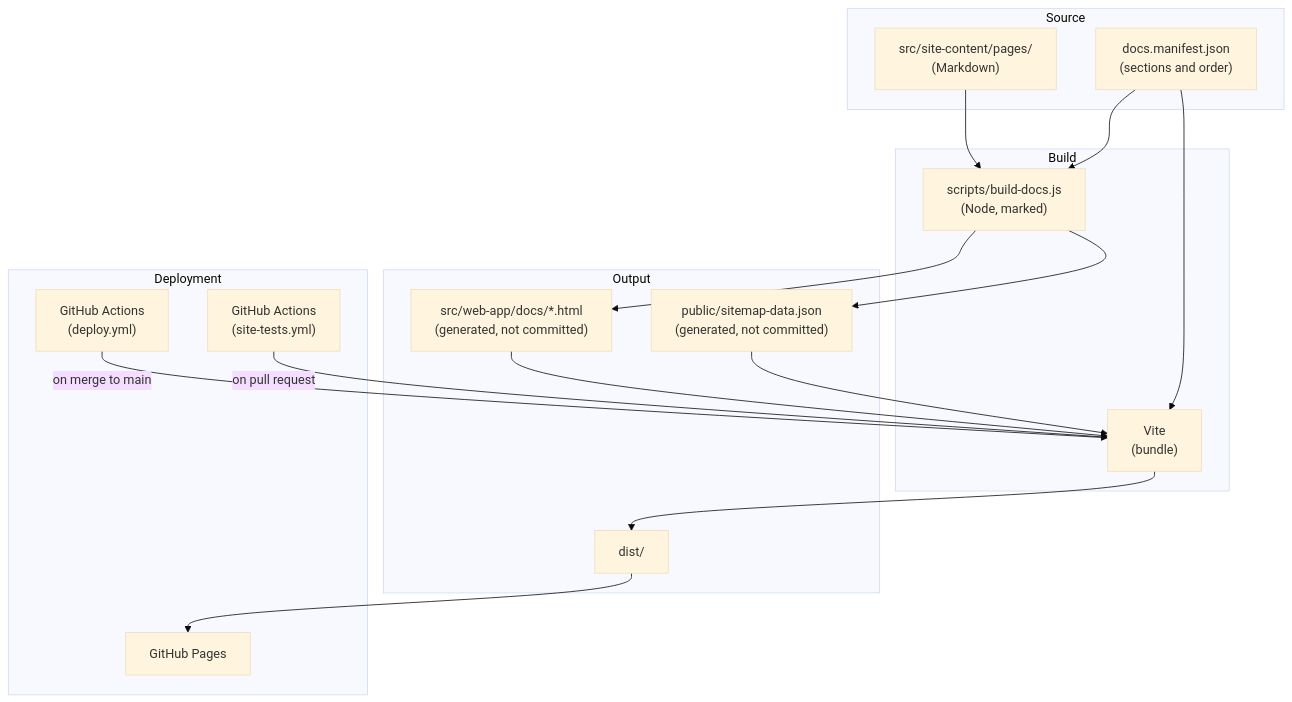
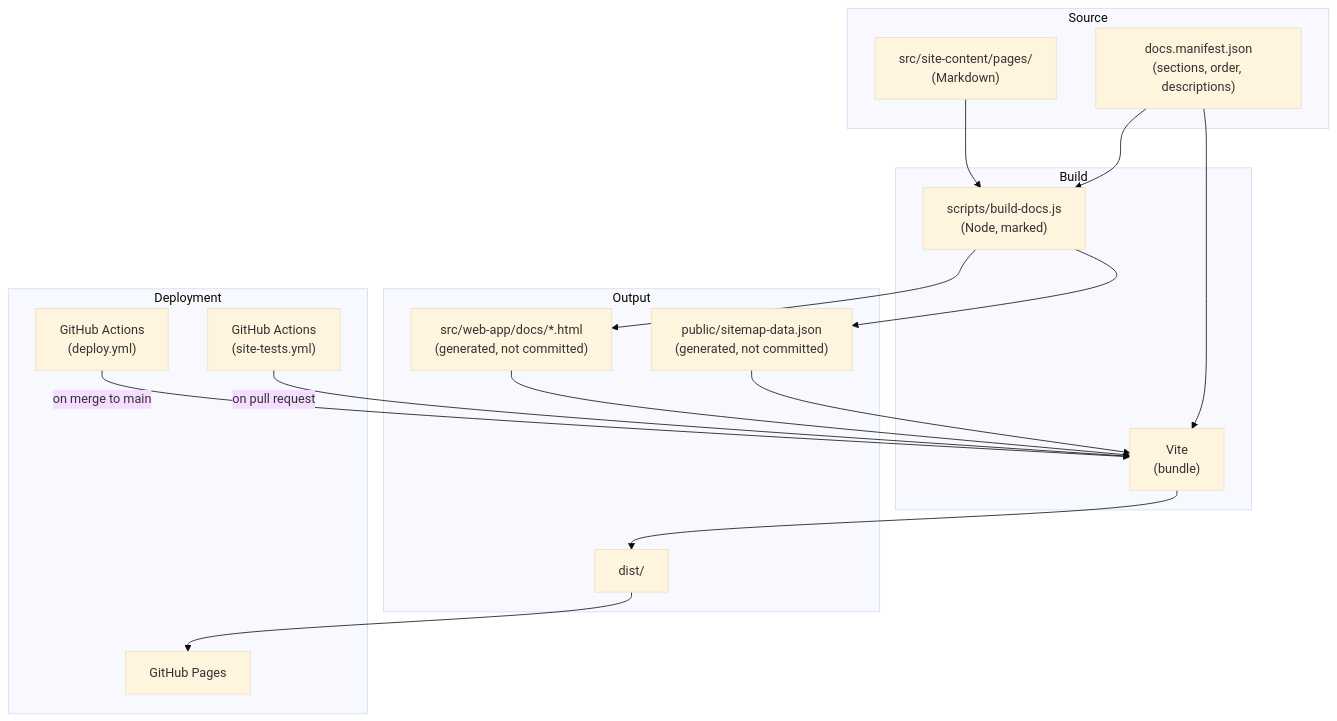
One commit to RAVINTIO/ravintio.github.io changed the diagram in docs/dependency-graph.md. Above: the diagram before and after it, drawn with Mermaid (base theme). The commit also changed other lines of this file and 60 other files, not shown here.

````diff
--- a/docs/dependency-graph.md
+++ b/docs/dependency-graph.md
@@ -9,36 +9,36 @@
 ```mermaid
 graph TD
     subgraph Source
         pages["src/site-content/pages/\n(Markdown)"]
-        manifest["docs.manifest.json\n(sections and order)"]
+        manifest["docs.manifest.json\n(sections, order, descriptions)"]
     end
 
     subgraph Build
         builder["scripts/build-docs.js\n(Node, marked)"]
         vite["Vite\n(bundle)"]
     end
 
     subgraph Output
         html["src/web-app/docs/*.html\n(generated, not committed)"]
         sitemap["public/sitemap-data.json\n(generated, not committed)"]
         dist["dist/"]
     end
 
     subgraph Deployment
         ci["GitHub Actions\n(deploy.yml)"]
         tests["GitHub Actions\n(site-tests.yml)"]
         host["GitHub Pages"]
     end
 
     pages --> builder
     manifest --> builder
     manifest --> vite
     builder --> html
     builder --> sitemap
     html --> vite
     sitemap --> vite
     vite --> dist
     ci -- "on merge to main" --> vite
     dist --> host
     tests -- "on pull request" --> vite
 ```
````
